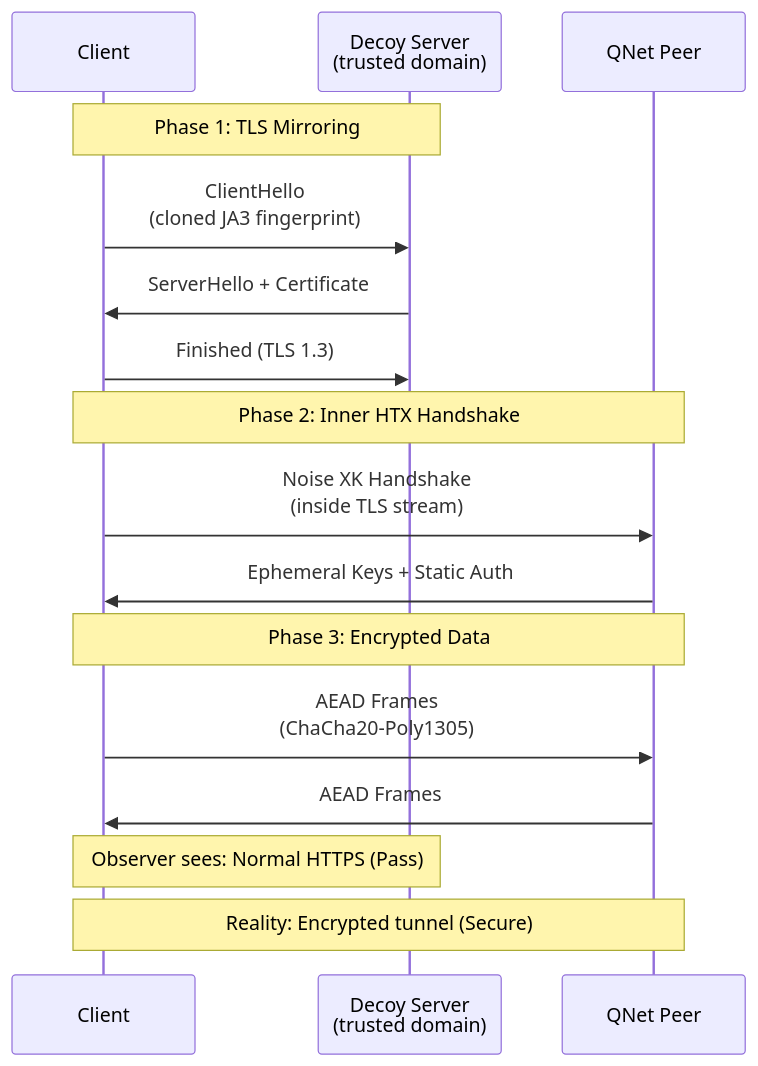
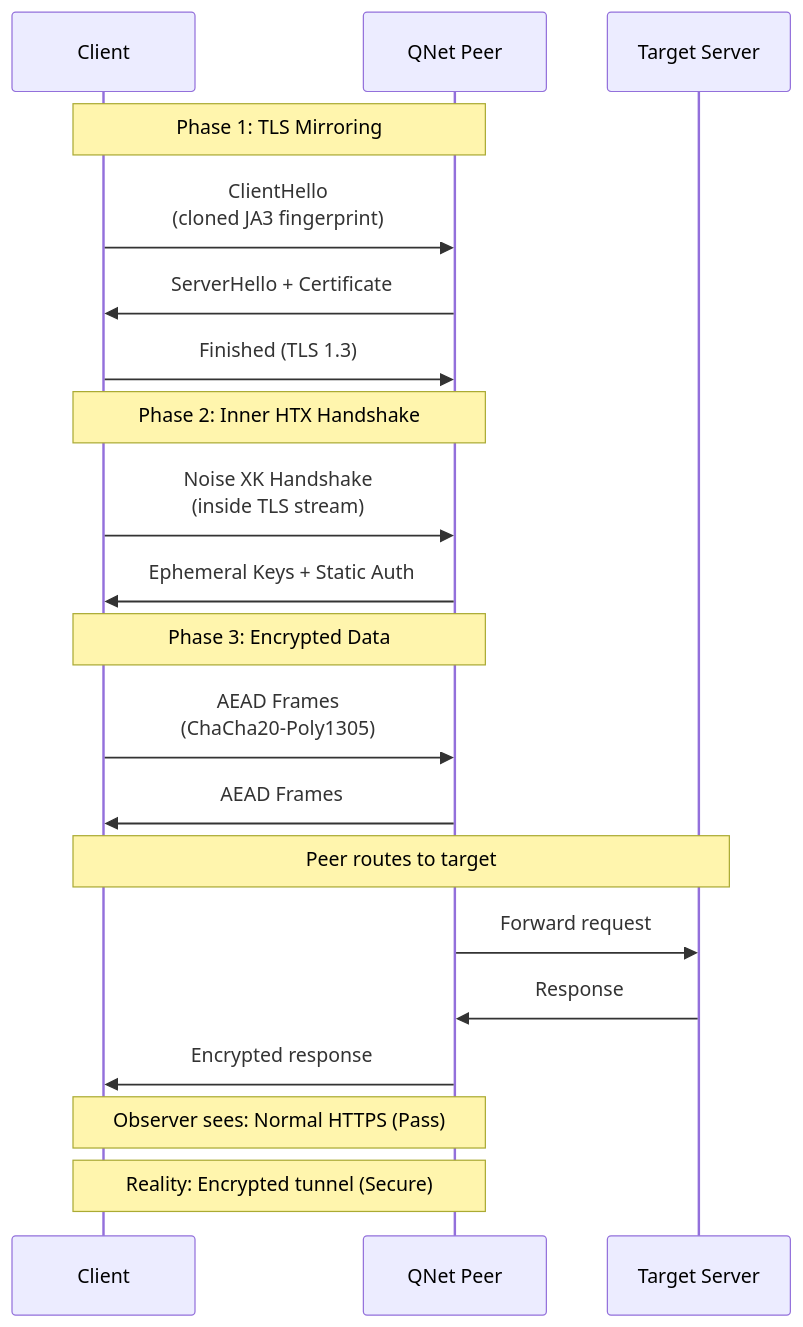
Before and after one commit to QW1CKS/qnet: the third of 13 diagrams in README.md, drawn with Mermaid. The commit also changed other lines of this file and 2 other files, not shown here.

First line of the commit message:
docs: Enhance architecture documentation with TLS fingerprinting details and connection masking notes

````diff
--- a/README.md
+++ b/README.md
@@ -161,22 +162,27 @@
 ```mermaid
 sequenceDiagram
     participant Client as Client
-    participant Decoy as Decoy Server<br/>(trusted domain)
-    participant QNet as QNet Peer
+    participant Peer as QNet Peer
+    participant Target as Target Server
     
-    Note over Client,Decoy: Phase 1: TLS Mirroring
-    Client->>Decoy: ClientHello<br/>(cloned JA3 fingerprint)
-    Decoy->>Client: ServerHello + Certificate
-    Client->>Decoy: Finished (TLS 1.3)
+    Note over Client,Peer: Phase 1: TLS Mirroring
+    Client->>Peer: ClientHello<br/>(cloned JA3 fingerprint)
+    Peer->>Client: ServerHello + Certificate
+    Client->>Peer: Finished (TLS 1.3)
     
-    Note over Client,QNet: Phase 2: Inner HTX Handshake
-    Client->>QNet: Noise XK Handshake<br/>(inside TLS stream)
-    QNet->>Client: Ephemeral Keys + Static Auth
+    Note over Client,Peer: Phase 2: Inner HTX Handshake
+    Client->>Peer: Noise XK Handshake<br/>(inside TLS stream)
+    Peer->>Client: Ephemeral Keys + Static Auth
     
-    Note over Client,QNet: Phase 3: Encrypted Data
-    Client->>QNet: AEAD Frames<br/>(ChaCha20-Poly1305)
-    QNet->>Client: AEAD Frames
+    Note over Client,Peer: Phase 3: Encrypted Data
+    Client->>Peer: AEAD Frames<br/>(ChaCha20-Poly1305)
+    Peer->>Client: AEAD Frames
     
-    Note over Client,Decoy: Observer sees: Normal HTTPS (Pass)
-    Note over Client,QNet: Reality: Encrypted tunnel (Secure)
+    Note over Client,Target: Peer routes to target
+    Peer->>Target: Forward request
+    Target->>Peer: Response
+    Peer->>Client: Encrypted response
+    
+    Note over Client,Peer: Observer sees: Normal HTTPS (Pass)
+    Note over Client,Peer: Reality: Encrypted tunnel (Secure)
 ```
````
